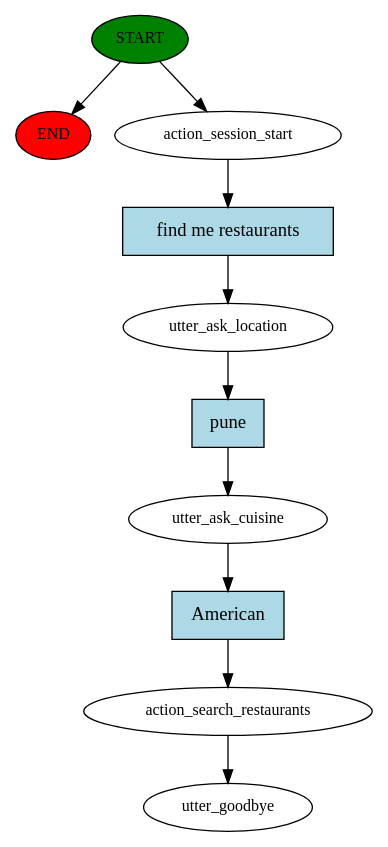
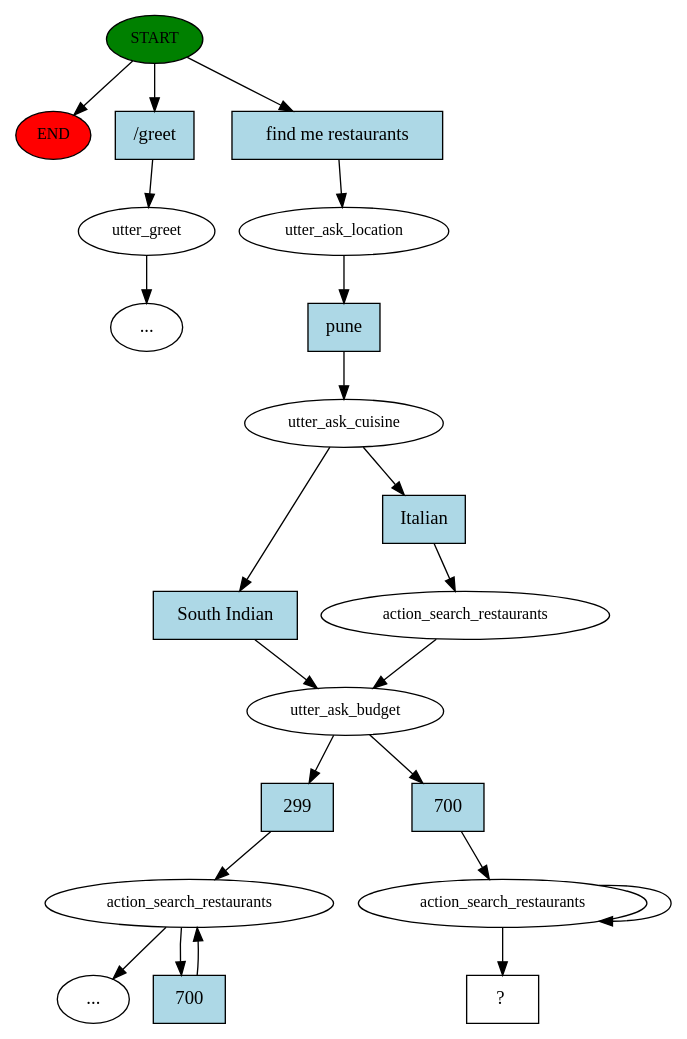
Before and after one commit to thegreatluka/zomato-bot: the diagram in story_graph.dot, drawn with Graphviz. The commit also changed 4 other files, not shown here.

```diff
--- a/story_graph.dot
+++ b/story_graph.dot
@@ -1,21 +1,44 @@
 digraph  {
 0 [class="start active", fillcolor=green, fontsize=12, label=START, style=filled];
 "-1" [class=end, fillcolor=red, fontsize=12, label=END, style=filled];
-1 [class=active, fontsize=12, label=action_session_start];
-2 [class=active, fontsize=12, label=utter_ask_location];
-3 [class=active, fontsize=12, label=utter_ask_cuisine];
-4 [class=active, fontsize=12, label=action_search_restaurants];
-5 [class="dashed active", fontsize=12, label=utter_goodbye];
-6 [class="intent active", fillcolor=lightblue, label="find me restaurants", shape=rect, style=filled];
-7 [class="intent active", fillcolor=lightblue, label=pune, shape=rect, style=filled];
-8 [class="intent active", fillcolor=lightblue, label=American, shape=rect, style=filled];
+1 [class="", fontsize=12, label=utter_greet];
+"-9" [class=ellipsis, label="..."];
+8 [class=active, fontsize=12, label=utter_ask_location];
+9 [class=active, fontsize=12, label=utter_ask_cuisine];
+10 [class=active, fontsize=12, label=utter_ask_budget];
+11 [class="", fontsize=12, label=action_search_restaurants];
+"-10" [class=ellipsis, label="..."];
+15 [class=active, fontsize=12, label=action_search_restaurants];
+17 [class=active, fontsize=12, label=action_search_restaurants];
+20 [class="intent dashed active", label="  ?  ", shape=rect];
+21 [class=intent, fillcolor=lightblue, label="/greet", shape=rect, style=filled];
+22 [class="intent active", fillcolor=lightblue, label="find me restaurants", shape=rect, style=filled];
+23 [class="intent active", fillcolor=lightblue, label=pune, shape=rect, style=filled];
+24 [class=intent, fillcolor=lightblue, label="South Indian", shape=rect, style=filled];
+25 [class="intent active", fillcolor=lightblue, label=Italian, shape=rect, style=filled];
+26 [class=intent, fillcolor=lightblue, label=299, shape=rect, style=filled];
+27 [class="intent active", fillcolor=lightblue, label=700, shape=rect, style=filled];
+28 [class=intent, fillcolor=lightblue, label=700, shape=rect, style=filled];
 0 -> "-1"  [class="", key=NONE, label=""];
-0 -> 1  [class=active, key=NONE, label=""];
-1 -> 6  [class=active, key=0];
-2 -> 7  [class=active, key=0];
-3 -> 8  [class=active, key=0];
-4 -> 5  [class=active, key=NONE, label=""];
-6 -> 2  [class=active, key=0];
-7 -> 3  [class=active, key=0];
-8 -> 4  [class=active, key=0];
+0 -> 21  [class="", key=0];
+0 -> 22  [class=active, key=0];
+1 -> "-9"  [class="", key=NONE, label=""];
+8 -> 23  [class=active, key=0];
+9 -> 24  [class="", key=0];
+9 -> 25  [class=active, key=0];
+10 -> 26  [class="", key=0];
+10 -> 27  [class=active, key=0];
+11 -> "-10"  [class="", key=NONE, label=""];
+11 -> 28  [class="", key=0];
+15 -> 10  [class=active, key=NONE, label=""];
+17 -> 17  [class=active, key=NONE, label=""];
+17 -> 20  [class=active, key=NONE, label=""];
+21 -> 1  [class="", key=0];
+22 -> 8  [class=active, key=0];
+23 -> 9  [class=active, key=0];
+24 -> 10  [class="", key=0];
+25 -> 15  [class=active, key=0];
+26 -> 11  [class="", key=0];
+27 -> 17  [class=active, key=0];
+28 -> 11  [class="", key=0];
 }
```
